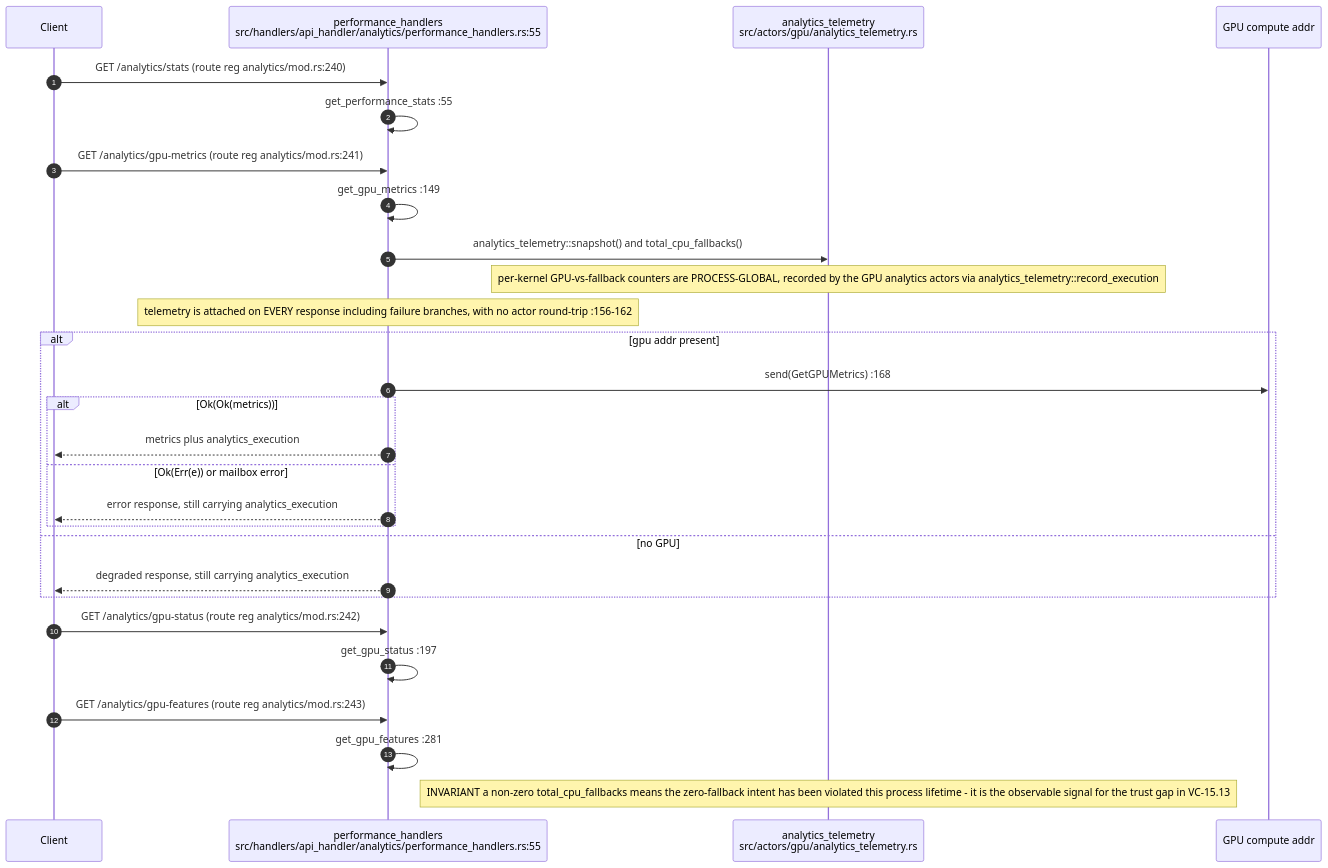
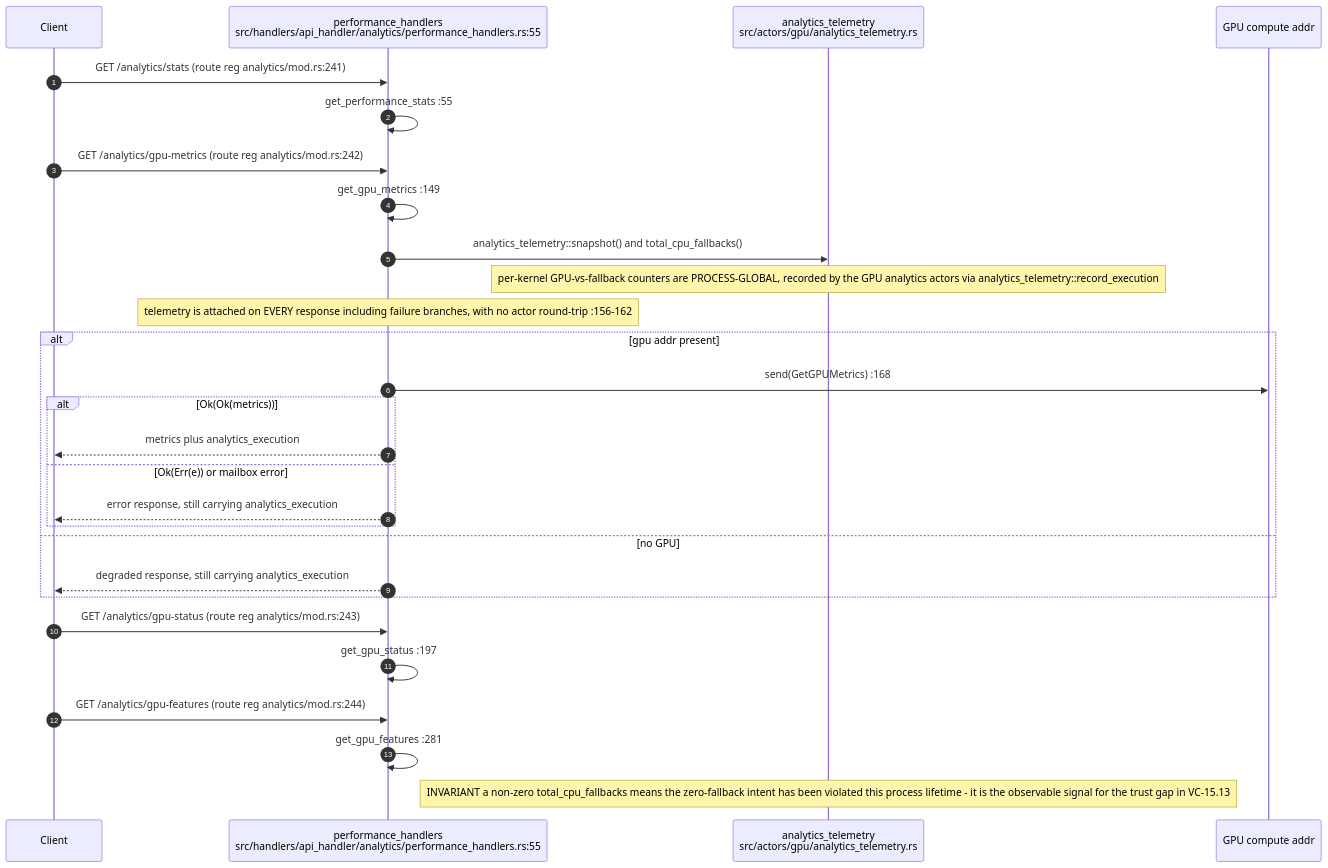
Before and after one commit to DreamLab-AI/VisionFlow: the fourth of 10 diagrams in docs/diagrams/visionclaw/18-analytics-support-handlers.md, drawn with Mermaid. The commit also changed other lines of this file and 160 other files, not shown here.

````diff
--- a/docs/diagrams/visionclaw/18-analytics-support-handlers.md
+++ b/docs/diagrams/visionclaw/18-analytics-support-handlers.md
@@ -155,31 +161,31 @@
 ```mermaid
 sequenceDiagram
     autonumber
     participant C as Client
     participant PF as performance_handlers<br/>src/handlers/api_handler/analytics/performance_handlers.rs:55
     participant TEL as analytics_telemetry<br/>src/actors/gpu/analytics_telemetry.rs
     participant GPU as GPU compute addr
 
-    C->>PF: GET /analytics/stats (route reg analytics/mod.rs:240)
+    C->>PF: GET /analytics/stats (route reg analytics/mod.rs:241)
     PF->>PF: get_performance_stats :55
-    C->>PF: GET /analytics/gpu-metrics (route reg analytics/mod.rs:241)
+    C->>PF: GET /analytics/gpu-metrics (route reg analytics/mod.rs:242)
     PF->>PF: get_gpu_metrics :149
     PF->>TEL: analytics_telemetry::snapshot() and total_cpu_fallbacks()
     Note over TEL: per-kernel GPU-vs-fallback counters are PROCESS-GLOBAL, recorded by the GPU analytics actors via analytics_telemetry::record_execution
     Note over PF: telemetry is attached on EVERY response including failure branches, with no actor round-trip :156-162
     alt gpu addr present
         PF->>GPU: send(GetGPUMetrics) :168
         alt Ok(Ok(metrics))
             PF-->>C: metrics plus analytics_execution
         else Ok(Err(e)) or mailbox error
             PF-->>C: error response, still carrying analytics_execution
         end
     else no GPU
         PF-->>C: degraded response, still carrying analytics_execution
     end
-    C->>PF: GET /analytics/gpu-status (route reg analytics/mod.rs:242)
+    C->>PF: GET /analytics/gpu-status (route reg analytics/mod.rs:243)
     PF->>PF: get_gpu_status :197
-    C->>PF: GET /analytics/gpu-features (route reg analytics/mod.rs:243)
+    C->>PF: GET /analytics/gpu-features (route reg analytics/mod.rs:244)
     PF->>PF: get_gpu_features :281
     Note over TEL: INVARIANT a non-zero total_cpu_fallbacks means the zero-fallback intent has been violated this process lifetime - it is the observable signal for the trust gap in VC-15.13
 ```
````
